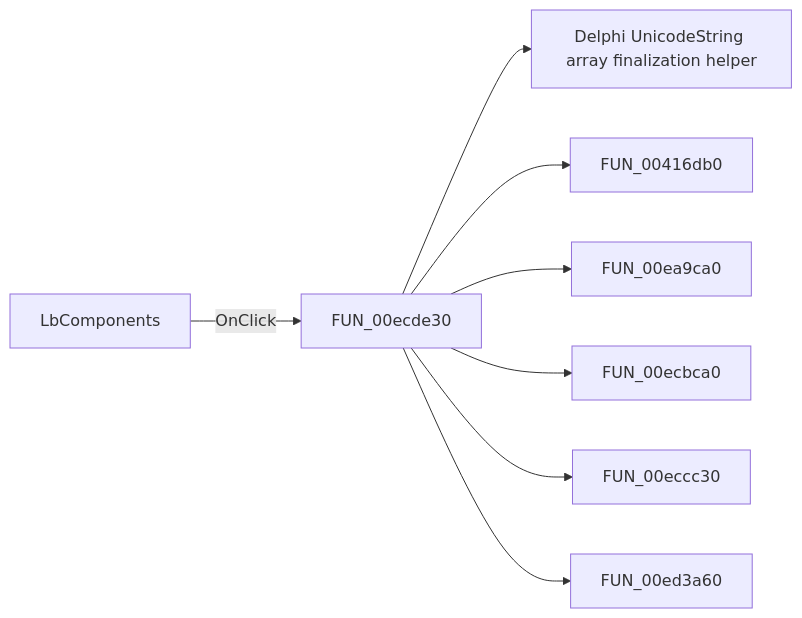
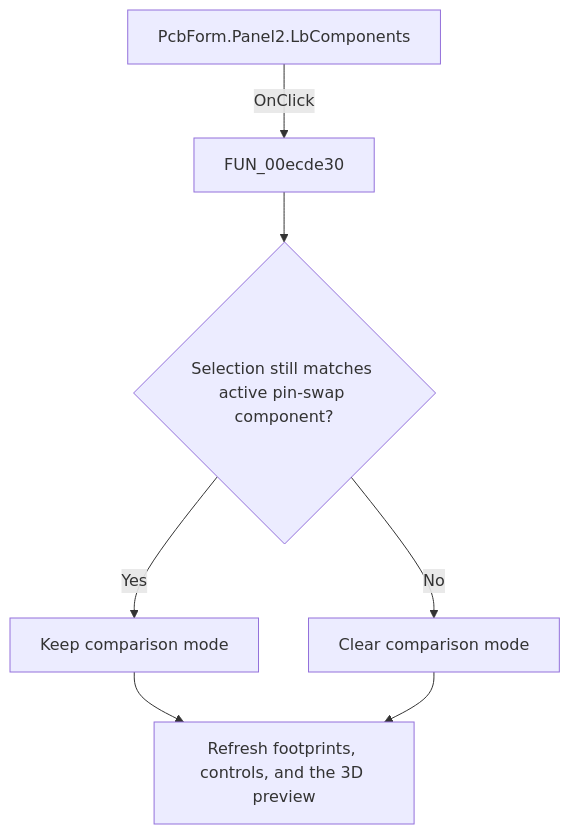
One commit to MovGP0/TIARA changed the diagram in docs/ui-controls/pcbform/lbcomponents-e5baff8467.md. Above: the diagram before and after it, drawn with Mermaid. The commit also changed other lines of this file and 1062 other files, not shown here.

````diff
--- a/docs/ui-controls/pcbform/lbcomponents-e5baff8467.md
+++ b/docs/ui-controls/pcbform/lbcomponents-e5baff8467.md
@@ -27,10 +29,9 @@
 ```mermaid
-flowchart LR
-    control["LbComponents"] -->|OnClick| handler["FUN_00ecde30"]
-    handler --> call1["Delphi UnicodeString array finalization helper"]
-    handler --> call2["FUN_00416db0"]
-    handler --> call3["FUN_00ea9ca0"]
-    handler --> call4["FUN_00ecbca0"]
-    handler --> call5["FUN_00eccc30"]
-    handler --> call6["FUN_00ed3a60"]
+flowchart TD
+    control["PcbForm.Panel2.LbComponents"] -->|OnClick| handler["FUN_00ecde30"]
+    handler --> decision{"Selection still matches active pin-swap component?"}
+    decision -->|Yes| action["Keep comparison mode"]
+    decision -->|No| noop["Clear comparison mode"]
+    action --> outcome["Refresh footprints, controls, and the 3D preview"]
+    noop --> outcome
 ```
````
